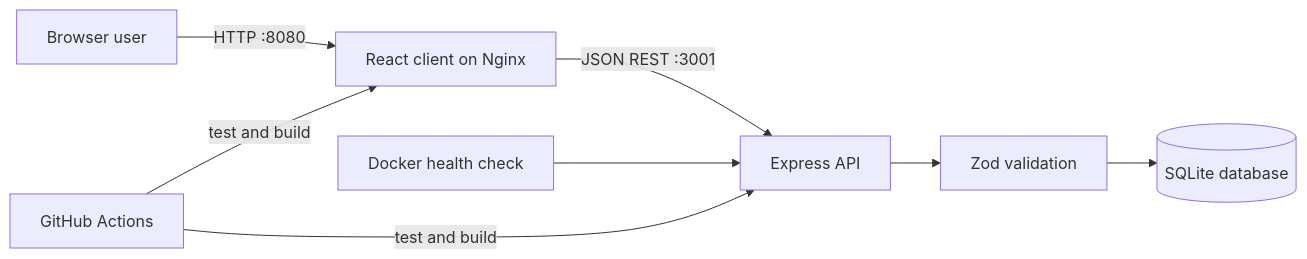
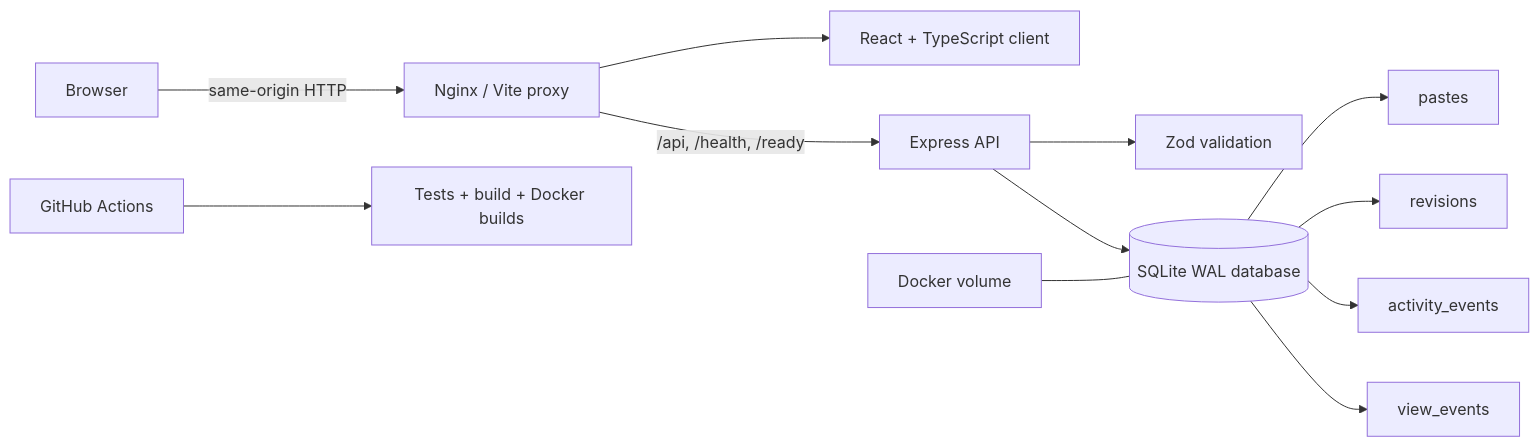
The diagram in README.md (gayathrisathishkumarr/PasteBin), drawn with Mermaid before and after one commit. The commit also changed other lines of this file and 27 other files, not shown here.

````diff
--- a/README.md
+++ b/README.md
@@ -19,10 +19,14 @@
 ```mermaid
 flowchart LR
-    U[Browser user] -->|HTTP :8080| W[React client on Nginx]
-    W -->|JSON REST :3001| A[Express API]
-    A --> V[Zod validation]
-    V --> D[(SQLite database)]
-    H[Docker health check] --> A
-    CI[GitHub Actions] -->|test and build| A
-    CI -->|test and build| W
+    B[Browser] -->|same-origin HTTP| N[Nginx / Vite proxy]
+    N --> R[React + TypeScript client]
+    N -->|/api, /health, /ready| E[Express API]
+    E --> Z[Zod validation]
+    E --> S[(SQLite WAL database)]
+    S --> P[pastes]
+    S --> V[revisions]
+    S --> A[activity_events]
+    S --> W[view_events]
+    CI[GitHub Actions] --> T[Tests + build + Docker builds]
+    D[Docker volume] --- S
 ```
````
